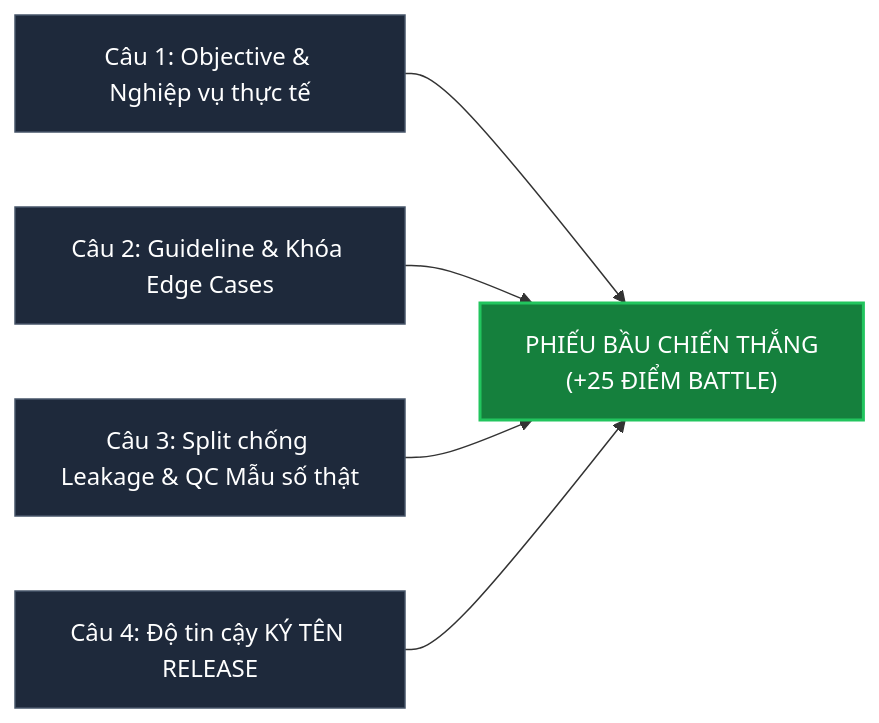
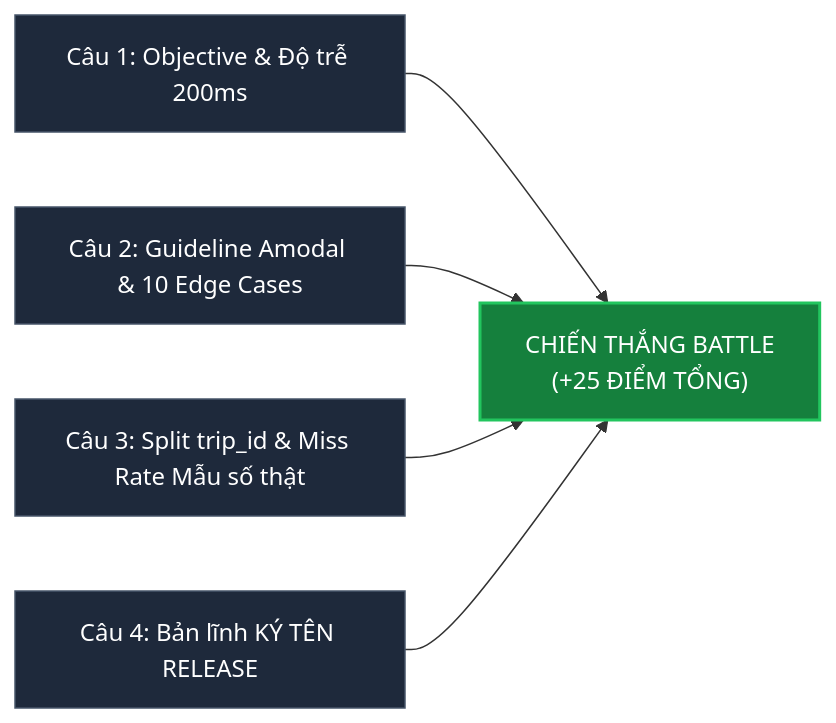
One commit to lechibang-1512/DAY6 changed the second of 2 diagrams in battle_mastery_rubric_guide.md. Above: the diagram before and after it, drawn with Mermaid. The commit also changed other lines of this file and 3 other files, not shown here.

````diff
--- a/battle_mastery_rubric_guide.md
+++ b/battle_mastery_rubric_guide.md
@@ -364,12 +480,12 @@
 ```mermaid
 graph LR
-    Q1["Câu 1: Objective & Nghiệp vụ thực tế"] --> Vote["PHIẾU BẦU CHIẾN THẮNG<br>(+25 ĐIỂM BATTLE)"]
-    Q2["Câu 2: Guideline & Khóa Edge Cases"] --> Vote
-    Q3["Câu 3: Split chống Leakage & QC Mẫu số thật"] --> Vote
-    Q4["Câu 4: Độ tin cậy KÝ TÊN RELEASE"] --> Vote
+    Q1["Câu 1: Objective & Độ trễ 200ms"] --> Vote["CHIẾN THẮNG BATTLE<br>(+25 ĐIỂM TỔNG)"]
+    Q2["Câu 2: Guideline Amodal & 10 Edge Cases"] --> Vote
+    Q3["Câu 3: Split trip_id & Miss Rate Mẫu số thật"] --> Vote
+    Q4["Câu 4: Bản lĩnh KÝ TÊN RELEASE"] --> Vote
 
     classDef vote fill:#15803d,stroke:#22c55e,stroke-width:2px,color:#fff;
     classDef q fill:#1e293b,stroke:#475569,stroke-width:1px,color:#fff;
     class Q1,Q2,Q3,Q4 q;
     class Vote vote;
 ```
````
